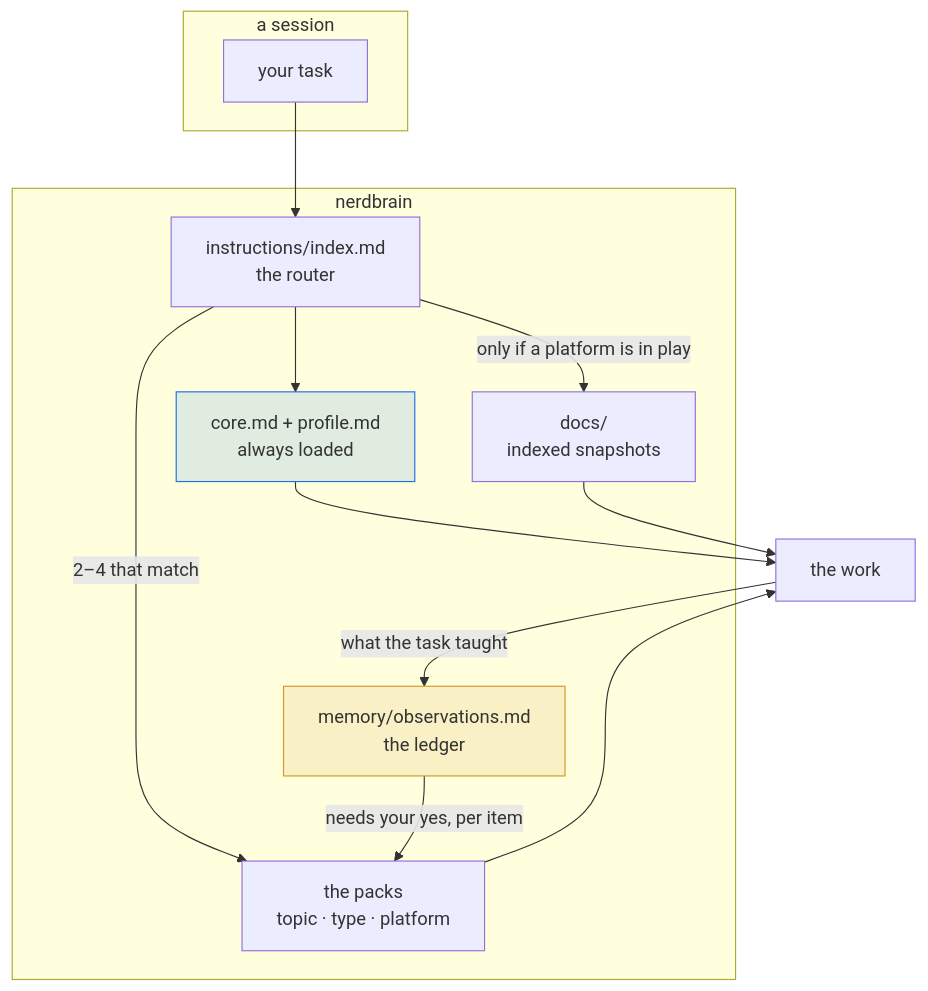
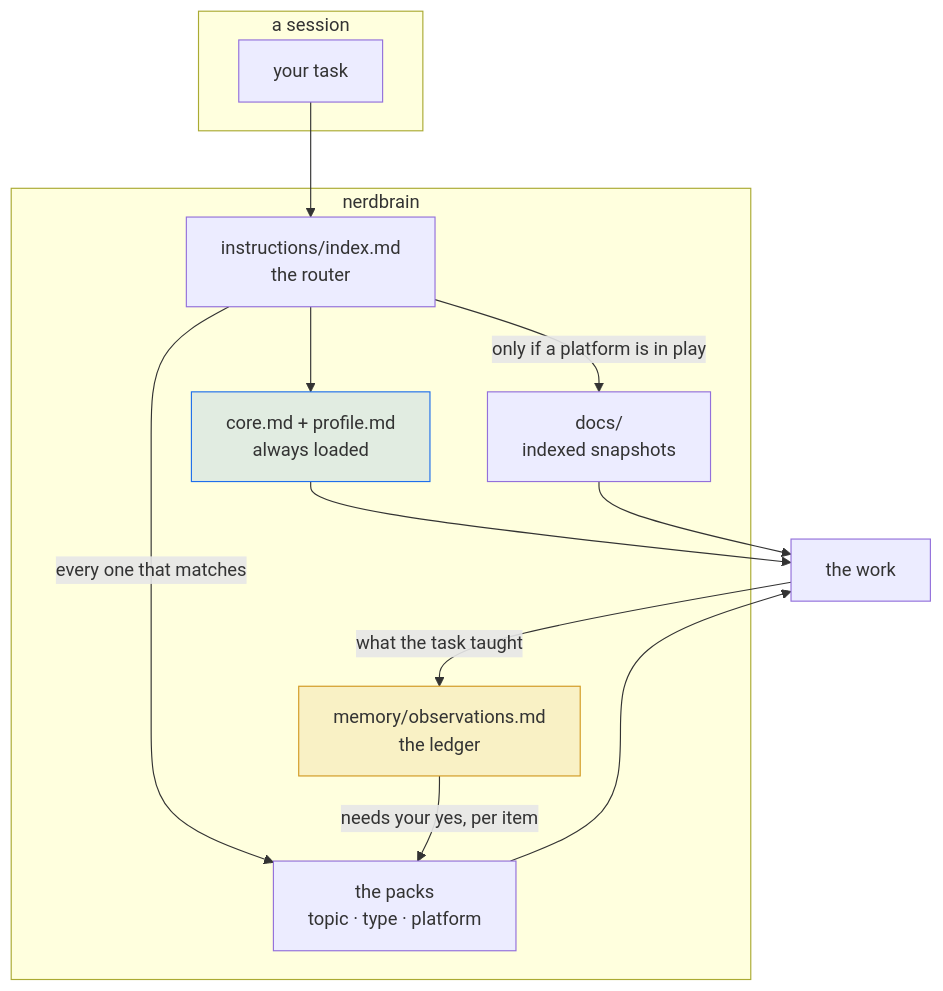
The first of 7 diagrams in MECHANICS.md (DhavalW/nerdbrain), drawn with Mermaid before and after one commit. The commit also changed other lines of this file and 10 other files, not shown here.

````diff
--- a/MECHANICS.md
+++ b/MECHANICS.md
@@ -17,29 +17,29 @@
 ```mermaid
 flowchart TB
     subgraph S["a session"]
       T["your task"]
     end
 
     subgraph B["nerdbrain"]
       R["instructions/index.md<br/>the router"]
       A["core.md + profile.md<br/>always loaded"]
       P["the packs<br/>topic · type · platform"]
       D["docs/<br/>indexed snapshots"]
       L["memory/observations.md<br/>the ledger"]
     end
 
     T --> R
     R --> A
-    R -->|"2–4 that match"| P
+    R -->|"every one that matches"| P
     R -->|"only if a platform is in play"| D
     A --> W["the work"]
     P --> W
     D --> W
     W -->|"what the task taught"| L
     L -->|"needs your yes, per item"| P
 
     classDef always fill:#1f6feb22,stroke:#1f6feb
     classDef gate fill:#d2992222,stroke:#d29922
     class A always
     class L gate
 ```
````
